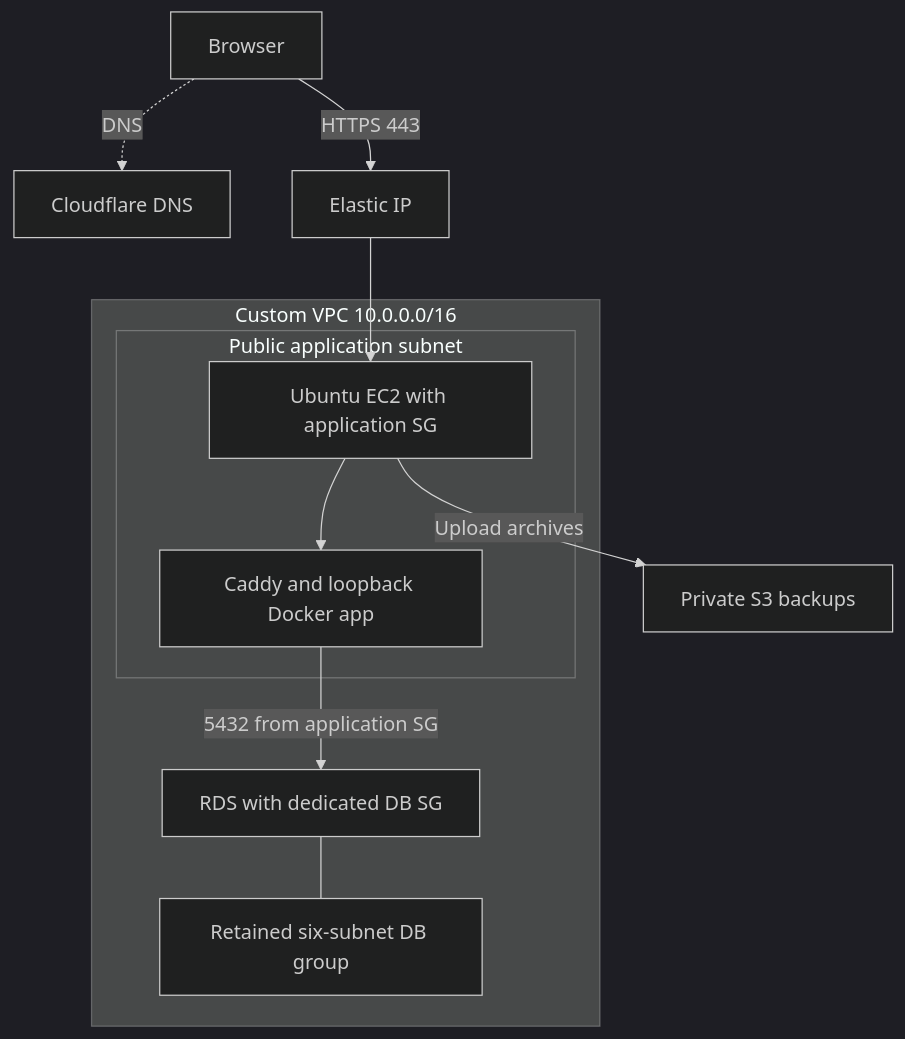
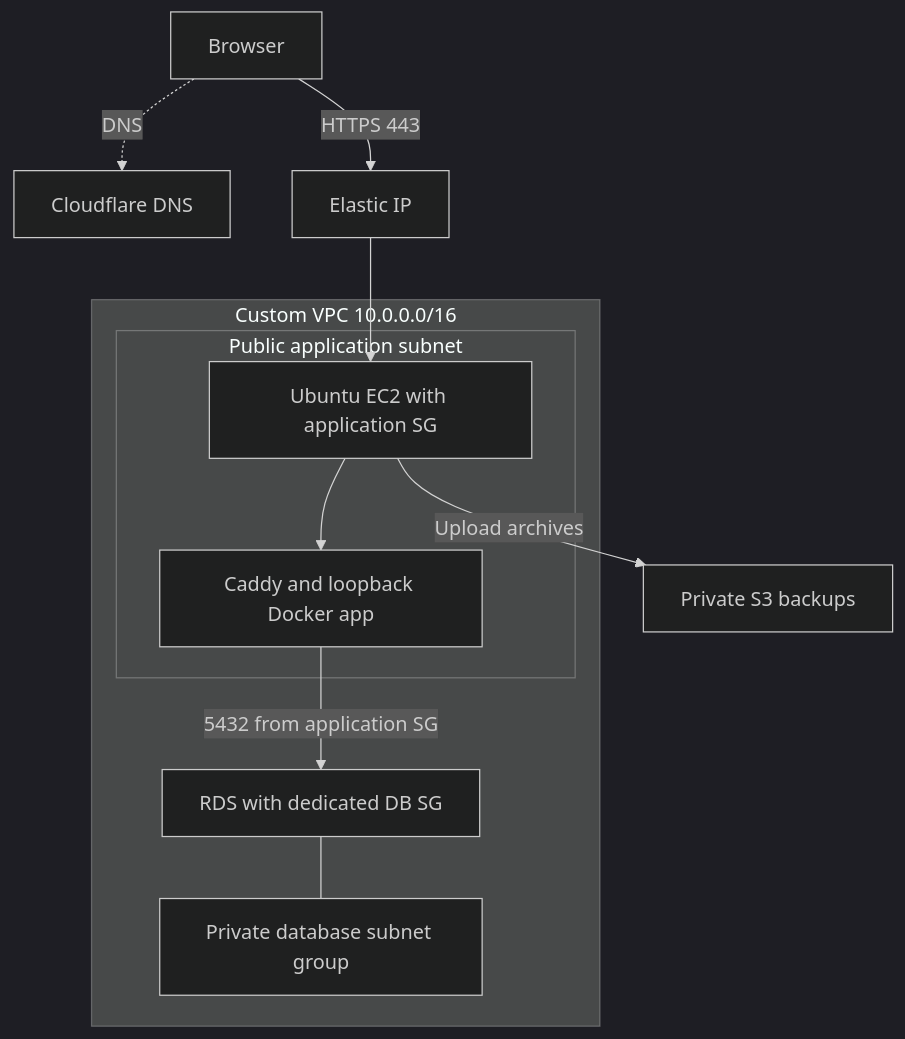
Before and after one commit to SilvaRohit/myProperty-infra: the diagram in README.md, drawn with Mermaid (dark theme). The commit also changed other lines of this file and 1 other file, not shown here.

````diff
--- a/README.md
+++ b/README.md
@@ -70,15 +94,15 @@
 ```mermaid
 flowchart TB
     Browser["Browser"] -. "DNS" .-> DNS["Cloudflare DNS"]
     Browser -->|"HTTPS 443"| EIP["Elastic IP"]
     EIP --> EC2
     subgraph VPC["Custom VPC 10.0.0.0/16"]
         subgraph Public["Public application subnet"]
             EC2["Ubuntu EC2 with application SG"]
             EC2 --> Web["Caddy and loopback Docker app"]
         end
         Web -->|"5432 from application SG"| RDS["RDS with dedicated DB SG"]
-        RDS --- Group["Retained six-subnet DB group"]
+        RDS --- Group["Private database subnet group"]
     end
     EC2 -->|"Upload archives"| S3["Private S3 backups"]
 ```
````
